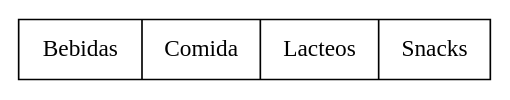
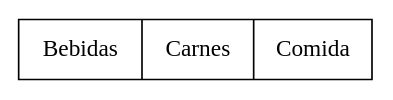
The diagram in output/arbol_bplus.dot (RonaldSamayoa/Proyecto1_EDD_PS26), drawn with Graphviz before and after one commit. The commit also changed 13 other files, not shown here.

```diff
--- a/output/arbol_bplus.dot
+++ b/output/arbol_bplus.dot
@@ -1,4 +1,4 @@
 digraph BPlus {
 node [shape=record];
-"0x5cd9460cc890" [label="Bebidas | Comida | Lacteos | Snacks"];
+"0x601755b80840" [label="Bebidas | Carnes | Comida"];
 }
```
